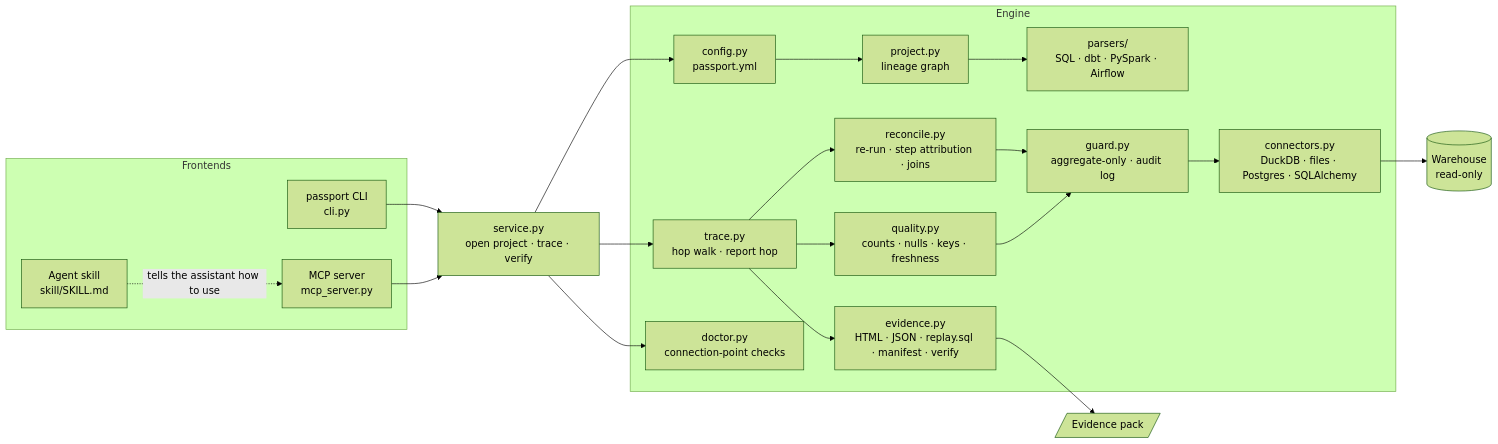
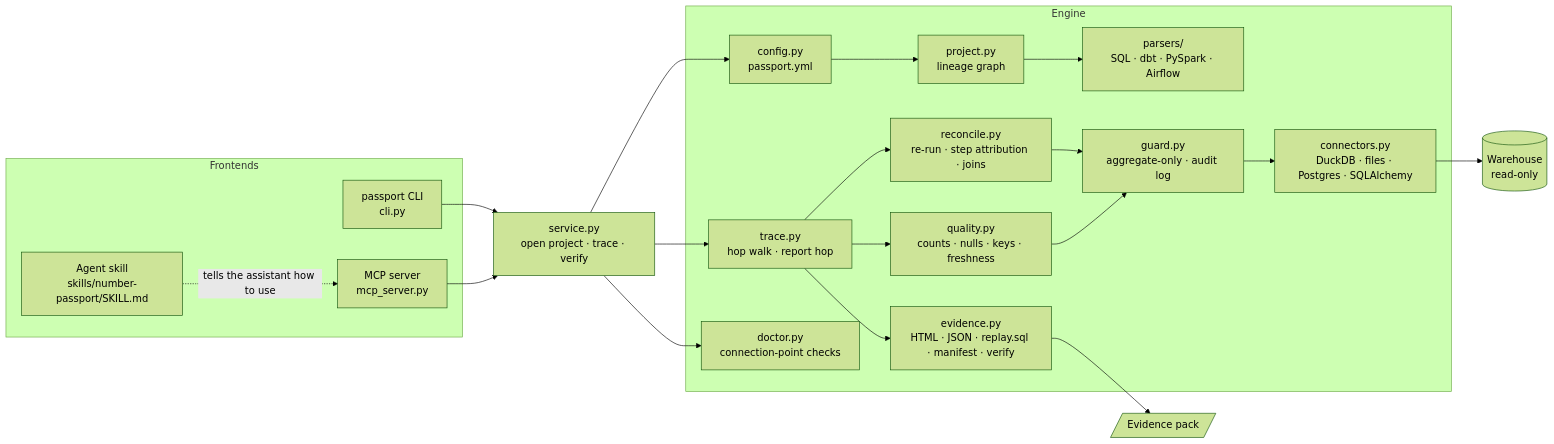
Before and after one commit to sagarkonkanagaon-netizenk/number-passport: the diagram in docs/architecture.md, drawn with Mermaid (forest theme). The commit also changed 7 other files, not shown here.

````diff
--- a/docs/architecture.md
+++ b/docs/architecture.md
@@ -7,32 +7,32 @@
 ```mermaid
 flowchart LR
   subgraph Frontends
     CLI["passport CLI<br/>cli.py"]
     MCP["MCP server<br/>mcp_server.py"]
-    SKILL["Agent skill<br/>skill/SKILL.md"]
+    SKILL["Agent skill<br/>skills/number-passport/SKILL.md"]
   end
   SKILL -. tells the assistant how to use .-> MCP
   CLI --> SVC
   MCP --> SVC
   SVC["service.py<br/>open project · trace · verify"]
 
   subgraph Engine
     CFG["config.py<br/>passport.yml"]
     PRJ["project.py<br/>lineage graph"]
     PARSE["parsers/<br/>SQL · dbt · PySpark · Airflow"]
     TR["trace.py<br/>hop walk · report hop"]
     REC["reconcile.py<br/>re-run · step attribution · joins"]
     QA["quality.py<br/>counts · nulls · keys · freshness"]
     GRD["guard.py<br/>aggregate-only · audit log"]
     CON["connectors.py<br/>DuckDB · files · Postgres · SQLAlchemy"]
     EV["evidence.py<br/>HTML · JSON · replay.sql · manifest · verify"]
     DOC["doctor.py<br/>connection-point checks"]
   end
 
   SVC --> CFG --> PRJ --> PARSE
   SVC --> TR --> REC --> GRD
   TR --> QA --> GRD
   GRD --> CON --> DB[(Warehouse<br/>read-only)]
   TR --> EV --> PACK[/Evidence pack/]
   SVC --> DOC
 ```
````
